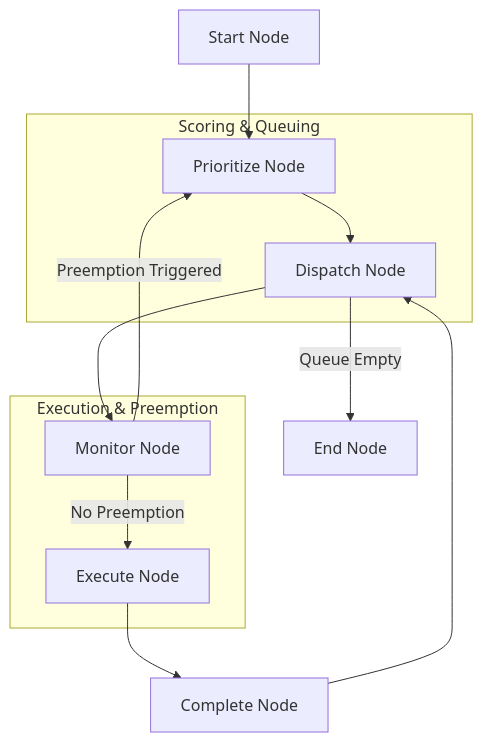
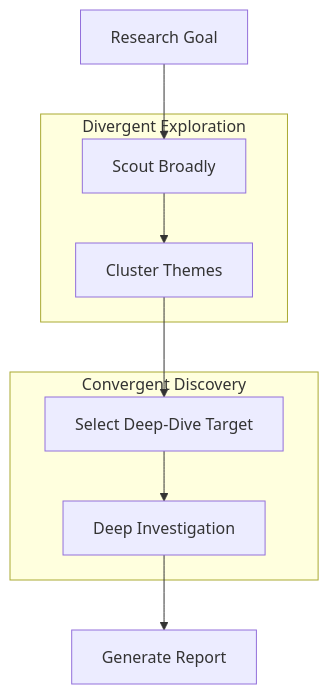
Before and after one commit to Adrian-patrick/agentic-ai-design-patterns: the diagram in README.md, drawn with Mermaid. The commit also changed other lines of this file and 11 other files, not shown here.

Commit message:
working exploration discovery

````diff
--- a/README.md
+++ b/README.md
@@ -21,21 +24,18 @@
 ```mermaid
 graph TD
-    StartNode[Start Node] --> PrioritizeNode[Prioritize Node]
-    PrioritizeNode --> DispatchNode[Dispatch Node]
-    DispatchNode --> MonitorNode[Monitor Node]
-    MonitorNode -->|Preemption Triggered| PrioritizeNode
-    MonitorNode -->|No Preemption| ExecuteNode[Execute Node]
-    ExecuteNode --> CompleteNode[Complete Node]
-    CompleteNode --> DispatchNode
-    DispatchNode -->|Queue Empty| EndNode[End Node]
+    StartNode[Research Goal] --> ScoutNode[Scout Broadly]
+    ScoutNode --> ClusterNode[Cluster Themes]
+    ClusterNode --> SelectNode[Select Deep-Dive Target]
+    SelectNode --> DeepDiveNode[Deep Investigation]
+    DeepDiveNode --> EndNode[Generate Report]
 
-    subgraph "Scoring & Queuing"
-        PrioritizeNode
-        DispatchNode
+    subgraph "Divergent Exploration"
+        ScoutNode
+        ClusterNode
     end
 
-    subgraph "Execution & Preemption"
-        MonitorNode
-        ExecuteNode
+    subgraph "Convergent Discovery"
+        SelectNode
+        DeepDiveNode
     end
 ```
````
